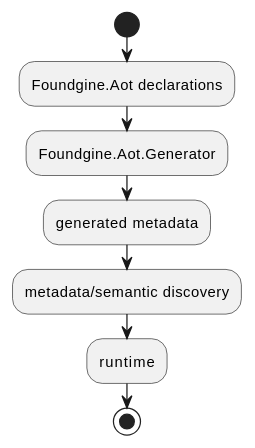
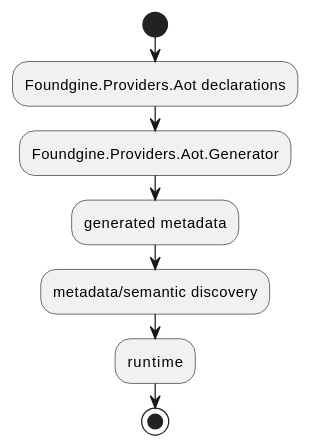
Diagram 14 of 18 in docs/ARCHITECTURE.md (CristianBarragan/CoffeeBean), drawn with PlantUML before and after one commit. The commit also changed other lines of this file and 1325 other files, not shown here.

````diff
--- a/docs/ARCHITECTURE.md
+++ b/docs/ARCHITECTURE.md
@@ -416,11 +416,11 @@
 ```plantuml
 @startuml
 start
-:Foundgine.Aot declarations;
-:Foundgine.Aot.Generator;
+:Foundgine.Providers.Aot declarations;
+:Foundgine.Providers.Aot.Generator;
 :generated metadata;
 :metadata/semantic discovery;
 :runtime;
 stop
 @enduml
 ```
````
